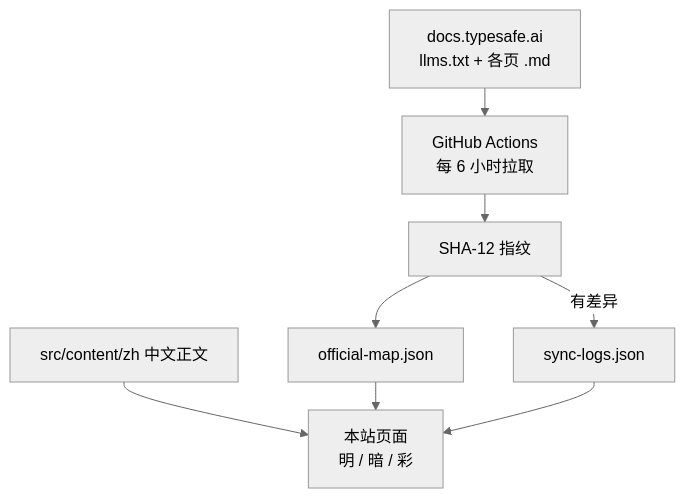
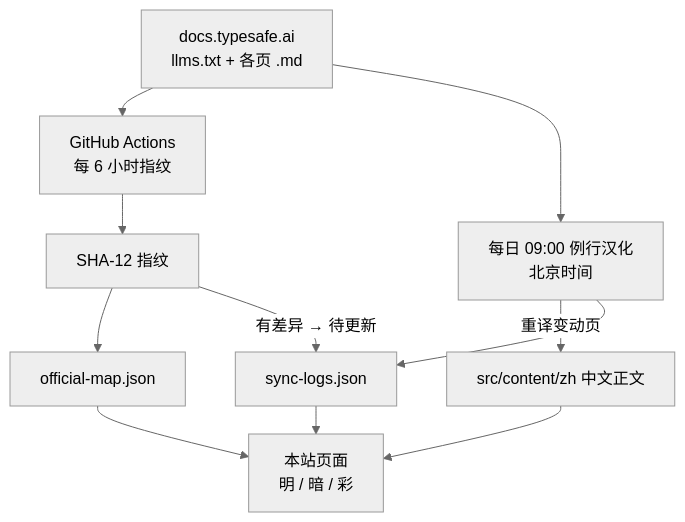
Before and after one commit to gradient30/typesafe-handbook: the diagram in src/content/zh/architecture.md, drawn with Mermaid (neutral theme). The commit also changed other lines of this file and 12 other files, not shown here.

````diff
--- a/src/content/zh/architecture.md
+++ b/src/content/zh/architecture.md
@@ -7,19 +7,23 @@
 ```mermaid
 %%{init: {"fontFamily": "IBM Plex Sans, Noto Sans SC, sans-serif", "flowchart": {"rankSpacing": 28, "wrappingWidth": 220}}}%%
 flowchart TB
     official["docs.typesafe.ai<br/>llms.txt + 各页 .md"]
-    action["GitHub Actions<br/>每 6 小时拉取"]
+    finger["GitHub Actions<br/>每 6 小时指纹"]
+    daily["每日 09:00 例行汉化<br/>北京时间"]
     hash["SHA-12 指纹"]
     map["official-map.json"]
     log["sync-logs.json"]
     zh["src/content/zh 中文正文"]
     web["本站页面<br/>明 / 暗 / 彩"]
 
-    official --> action
-    action --> hash
+    official --> finger
+    official --> daily
+    finger --> hash
     hash --> map
-    hash -->|"有差异"| log
+    hash -->|"有差异 → 待更新"| log
+    daily -->|"重译变动页"| zh
+    daily --> log
     zh --> web
     map --> web
     log --> web
 ```
````
